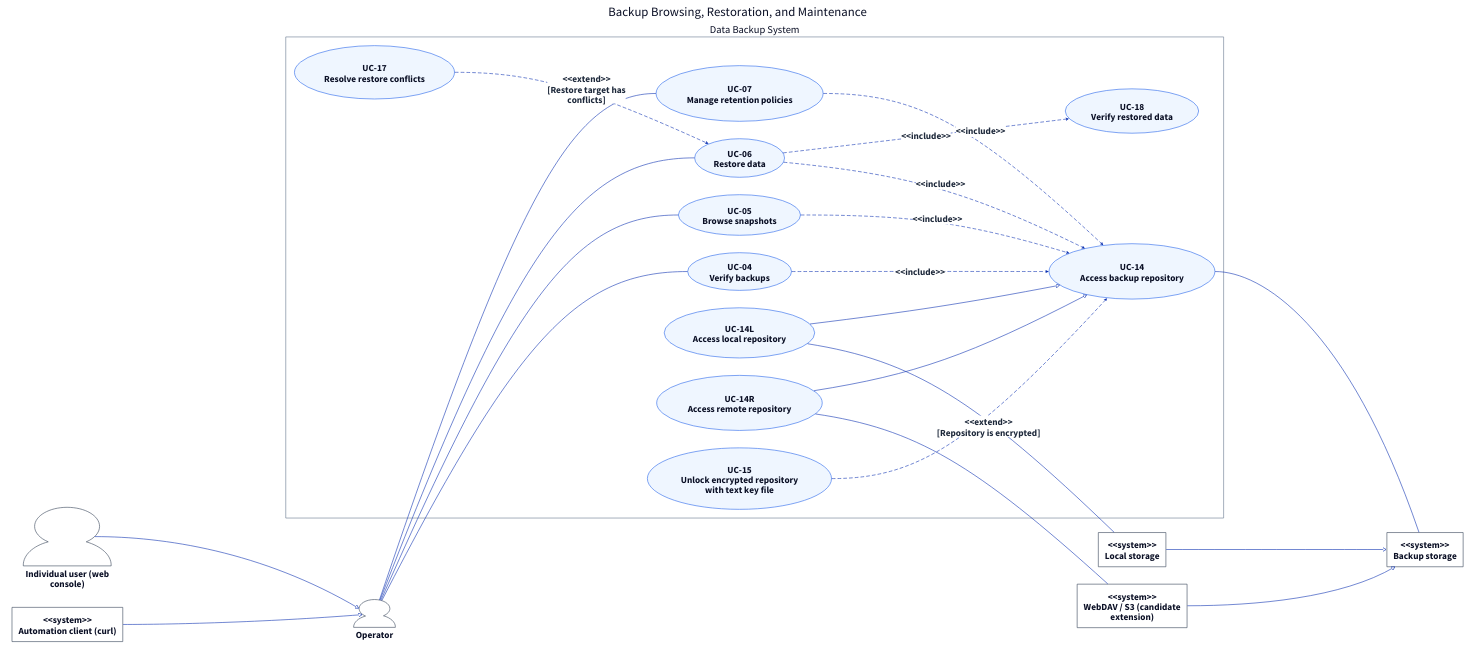
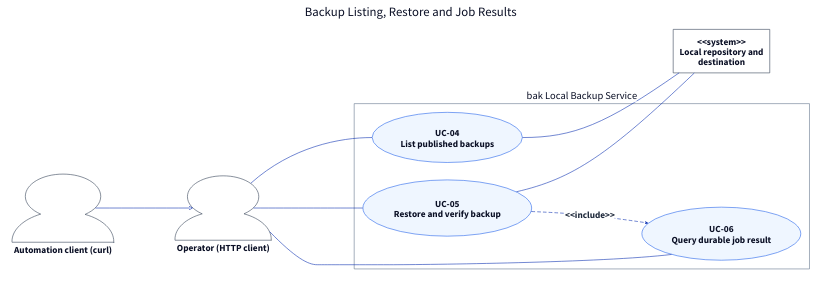
One commit to qi7876/software-development-exp changed the diagram in docs/report/generated/use-case-restore-maintenance.d2. Above: the diagram before and after it, drawn with D2. The commit also changed 34 other files, not shown here.

```diff
--- a/docs/report/generated/use-case-restore-maintenance.d2
+++ b/docs/report/generated/use-case-restore-maintenance.d2
@@ -1,116 +1,53 @@
 # Generated from docs/report/use-cases.yaml; do not edit directly.
 direction: right
 **.style.font-size: 32
 (** -> **)[*].style: {font-size: 32; bold: true; italic: false; font-color: "#1E293B"}
 (** -- **)[*].style: {font-size: 32; bold: true; italic: false; font-color: "#1E293B"}
 (** <- **)[*].style: {font-size: 32; bold: true; italic: false; font-color: "#1E293B"}
-diagram: "Backup Browsing, Restoration, and Maintenance" {
+diagram: "Backup Listing, Restore and Job Results" {
   style.font-size: 44
   style.fill: white
   style.stroke: transparent
-  CLIENT: "Operator" {
+  CLIENT: "Operator (HTTP client)" {
     shape: person
     style.stroke: "#334155"
     style.fill: white
   }
-  USR: "Individual user (web\nconsole)" {
+  AUT: "Automation client (curl)" {
     shape: person
     style.stroke: "#334155"
     style.fill: white
   }
-  AUT: "<<system>>\nAutomation client (curl)" {
+  TGT: "<<system>>\nLocal repository and\ndestination" {
     shape: rectangle
     style.stroke: "#334155"
     style.fill: white
   }
-  TGT: "<<system>>\nBackup storage" {
-    shape: rectangle
-    style.stroke: "#334155"
-    style.fill: white
-  }
-  LOCAL: "<<system>>\nLocal storage" {
-    shape: rectangle
-    style.stroke: "#334155"
-    style.fill: white
-  }
-  REMOTE: "<<system>>\nWebDAV / S3 (candidate\nextension)" {
-    shape: rectangle
-    style.stroke: "#334155"
-    style.fill: white
-  }
-  system: "Data Backup System" {
+  system: "bak Local Backup Service" {
     style.font-size: 36
     style.stroke: "#64748B"
     style.fill: white
-    UC_04: "UC-04\nVerify backups" {
+    UC_04: "UC-04\nList published backups" {
       shape: oval
       style.stroke: "#2563EB"
       style.fill: "#EFF6FF"
     }
-    UC_05: "UC-05\nBrowse snapshots" {
+    UC_05: "UC-05\nRestore and verify backup" {
       shape: oval
       style.stroke: "#2563EB"
       style.fill: "#EFF6FF"
     }
-    UC_06: "UC-06\nRestore data" {
-      shape: oval
-      style.stroke: "#2563EB"
-      style.fill: "#EFF6FF"
-    }
-    UC_07: "UC-07\nManage retention policies" {
-      shape: oval
-      style.stroke: "#2563EB"
-      style.fill: "#EFF6FF"
-    }
-    UC_14: "UC-14\nAccess backup repository" {
-      shape: oval
-      style.stroke: "#2563EB"
-      style.fill: "#EFF6FF"
-    }
-    UC_14L: "UC-14L\nAccess local repository" {
-      shape: oval
-      style.stroke: "#2563EB"
-      style.fill: "#EFF6FF"
-    }
-    UC_14R: "UC-14R\nAccess remote repository" {
-      shape: oval
-      style.stroke: "#2563EB"
-      style.fill: "#EFF6FF"
-    }
-    UC_15: "UC-15\nUnlock encrypted repository\nwith text key file" {
-      shape: oval
-      style.stroke: "#2563EB"
-      style.fill: "#EFF6FF"
-    }
-    UC_17: "UC-17\nResolve restore conflicts" {
-      shape: oval
-      style.stroke: "#2563EB"
-      style.fill: "#EFF6FF"
-    }
-    UC_18: "UC-18\nVerify restored data" {
+    UC_06: "UC-06\nQuery durable job result" {
       shape: oval
       style.stroke: "#2563EB"
       style.fill: "#EFF6FF"
     }
   }
   CLIENT -- system.UC_04
   CLIENT -- system.UC_05
   CLIENT -- system.UC_06
-  CLIENT -- system.UC_07
-  system.UC_14 -- TGT
-  system.UC_14L -- LOCAL
-  system.UC_14R -- REMOTE
-  USR -> CLIENT: {target-arrowhead.style.filled: false}
+  system.UC_04 -- TGT
+  system.UC_05 -- TGT
   AUT -> CLIENT: {target-arrowhead.style.filled: false}
-  LOCAL -> TGT: {target-arrowhead.style.filled: false}
-  REMOTE -> TGT: {target-arrowhead.style.filled: false}
-  system.UC_04 -> system.UC_14: "<<include>>" {style.stroke-dash: 5; target-arrowhead.shape: arrow}
-  system.UC_05 -> system.UC_14: "<<include>>" {style.stroke-dash: 5; target-arrowhead.shape: arrow}
-  system.UC_06 -> system.UC_14: "<<include>>" {style.stroke-dash: 5; target-arrowhead.shape: arrow}
-  system.UC_06 -> system.UC_18: "<<include>>" {style.stroke-dash: 5; target-arrowhead.shape: arrow}
-  system.UC_07 -> system.UC_14: "<<include>>" {style.stroke-dash: 5; target-arrowhead.shape: arrow}
-  system.UC_14L -> system.UC_14: {target-arrowhead.style.filled: false}
-  system.UC_14R -> system.UC_14: {target-arrowhead.style.filled: false}
-  system.UC_15 -> system.UC_14: "<<extend>>\n[Repository is encrypted]" {style.stroke-dash: 5; target-arrowhead.shape: arrow}
-  system.UC_17 -> system.UC_06: "<<extend>>\n[Restore target has\nconflicts]" {style.stroke-dash: 5; target-arrowhead.shape: arrow}
+  system.UC_05 -> system.UC_06: "<<include>>" {style.stroke-dash: 5; target-arrowhead.shape: arrow}
 }
```
